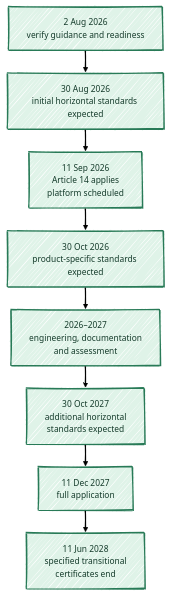
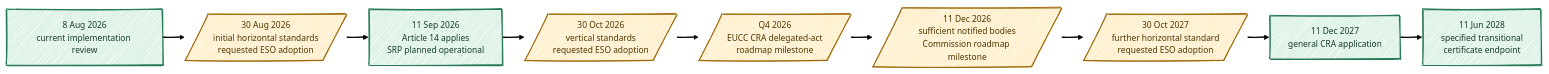
One commit to antomon/antomon.github.io changed diagram 17 of 18 in longforms/cyber-resilience-act-the-new-product-security-baseline/index.qmd. Above: the diagram before and after it, drawn with Mermaid. The commit also changed other lines of this file and 54 other files, not shown here.

````diff
--- a/longforms/cyber-resilience-act-the-new-product-security-baseline/index.qmd
+++ b/longforms/cyber-resilience-act-the-new-product-security-baseline/index.qmd
@@ -1360,26 +3377,30 @@
 ```{mermaid}
 %%| label: fig-cyber-resilience-act-the-new-product-security-baseline-implementation-horizon
-%%| fig-cap: "The implementation horizon contains separate decision points for reporting, standards, full conformity, and transitional certificates."
-%%| fig-alt: "A left-to-right horizon begins on 2 August 2026 with guidance and readiness review, followed by expected horizontal standards on 30 August, Article 14 and platform operation on 11 September, expected product-specific standards on 30 October, engineering and assessment work during 2026 and 2027, further horizontal standards on 30 October 2027, full CRA application on 11 December 2027, and the end of specified transitional certificate validity on 11 June 2028."
+%%| fig-cap: "The CRA compliance horizon combines binding application dates with evolving standards, reporting infrastructure, certification, and conformity-assessment capacity."
+%%| fig-alt: "A left-to-right timeline begins with the review point on 8 August 2026. It then shows the requested initial horizontal standard deliverables on 30 August, Article 14 application and planned Single Reporting Platform operation on 11 September, requested vertical standards on 30 October, a Q4 2026 EUCC delegated-act milestone, a 11 December 2026 Commission milestone for sufficient conformity-assessment bodies, further horizontal standards on 30 October 2027, general CRA application on 11 December 2027, and the end of specified transitional certificate validity on 11 June 2028. Amber nodes represent implementation ecosystem milestones, while green nodes represent CRA application or statutory transition dates."
 %%| fig-align: center
 %%{init: {"theme": "neo", "look": "handDrawn", "layout": "elk"}}%%
-flowchart TD
-    A[2 Aug 2026<br/>verify guidance and readiness]:::product
-    B[30 Aug 2026<br/>initial horizontal standards expected]:::product
-    C[11 Sep 2026<br/>Article 14 applies<br/>platform scheduled]:::product
-    D[30 Oct 2026<br/>product-specific standards expected]:::product
-    E[2026–2027<br/>engineering, documentation<br/>and assessment]:::product
-    F[30 Oct 2027<br/>additional horizontal<br/>standards expected]:::product
-    G[11 Dec 2027<br/>full application]:::product
-    H[11 Jun 2028<br/>specified transitional<br/>certificates end]:::product
+flowchart LR
+    NOW[8 Aug 2026<br/>current implementation review]:::product
 
-    A --> B
-    B --> C
-    C --> D
-    D --> E
-    E --> F
-    F --> G
-    G --> H
+    H1[/30 Aug 2026<br/>initial horizontal standards<br/>requested ESO adoption/]:::overlay
+    REPORT[11 Sep 2026<br/>Article 14 applies<br/>SRP planned operational]:::product
+    V1[/30 Oct 2026<br/>vertical standards<br/>requested ESO adoption/]:::overlay
+    EUCC[/Q4 2026<br/>EUCC CRA delegated-act<br/>roadmap milestone/]:::overlay
+    NB[/11 Dec 2026<br/>sufficient notified bodies<br/>Commission roadmap milestone/]:::overlay
+    H2[/30 Oct 2027<br/>further horizontal standard<br/>requested ESO adoption/]:::overlay
+    FULL[11 Dec 2027<br/>general CRA application]:::product
+    TRANSITION[11 Jun 2028<br/>specified transitional<br/>certificate endpoint]:::product
+
+    NOW --> H1
+    H1 --> REPORT
+    REPORT --> V1
+    V1 --> EUCC
+    EUCC --> NB
+    NB --> H2
+    H2 --> FULL
+    FULL --> TRANSITION
 
     classDef product fill:#dff3e8,stroke:#287a57,stroke-width:2px,color:#153b2b;
+    classDef overlay fill:#fff0cf,stroke:#9a6500,stroke-width:1.5px,color:#4d3500;
 ```
````
